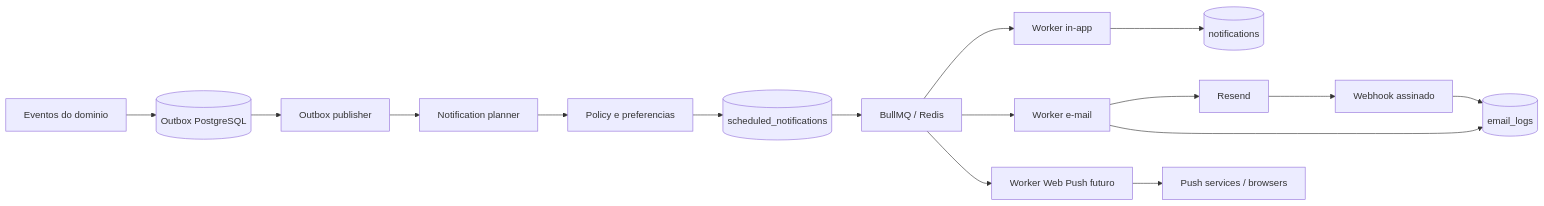
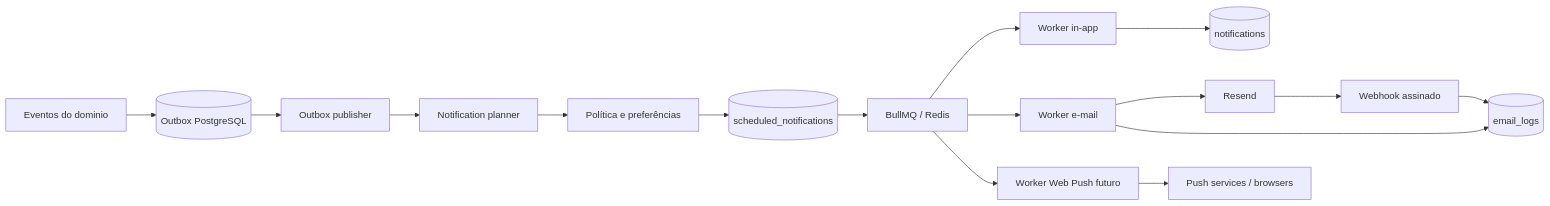
The diagram in docs/50-notificacoes-jobs-retencao.md (PlacidoFjr/LEVELFIT), drawn with Mermaid before and after one commit. The commit also changed other lines of this file and 34 other files, not shown here.

````diff
--- a/docs/50-notificacoes-jobs-retencao.md
+++ b/docs/50-notificacoes-jobs-retencao.md
@@ -44,18 +44,18 @@
 ```mermaid
 flowchart LR
     DOMAIN["Eventos do dominio"] --> OUTBOX[("Outbox PostgreSQL")]
     OUTBOX --> PUBLISHER["Outbox publisher"]
     PUBLISHER --> PLAN["Notification planner"]
-    PLAN --> PREFS["Policy e preferencias"]
+    PLAN --> PREFS["Política e preferências"]
     PREFS --> SCHEDULED[("scheduled_notifications")]
     SCHEDULED --> QUEUES["BullMQ / Redis"]
     QUEUES --> INAPP["Worker in-app"]
     QUEUES --> EMAIL["Worker e-mail"]
     QUEUES --> PUSH["Worker Web Push futuro"]
     INAPP --> NOTIFS[("notifications")]
     EMAIL --> PROVIDER["Resend"]
     EMAIL --> LOGS[("email_logs")]
     PUSH --> BROWSER["Push services / browsers"]
     PROVIDER --> WEBHOOK["Webhook assinado"]
     WEBHOOK --> LOGS
 ```
````
